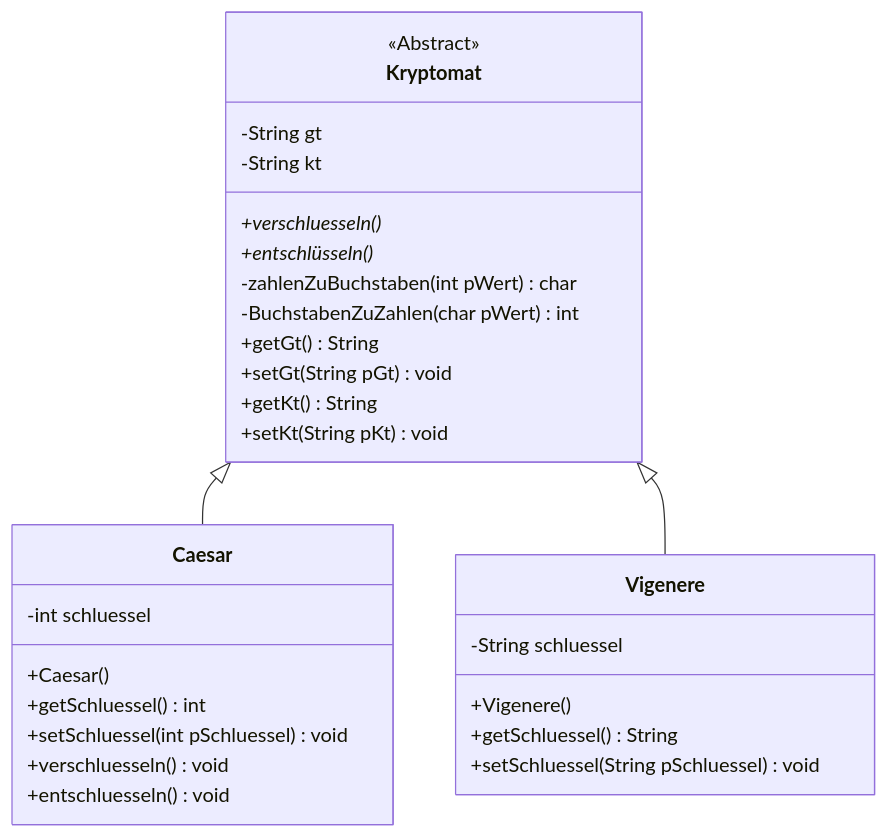
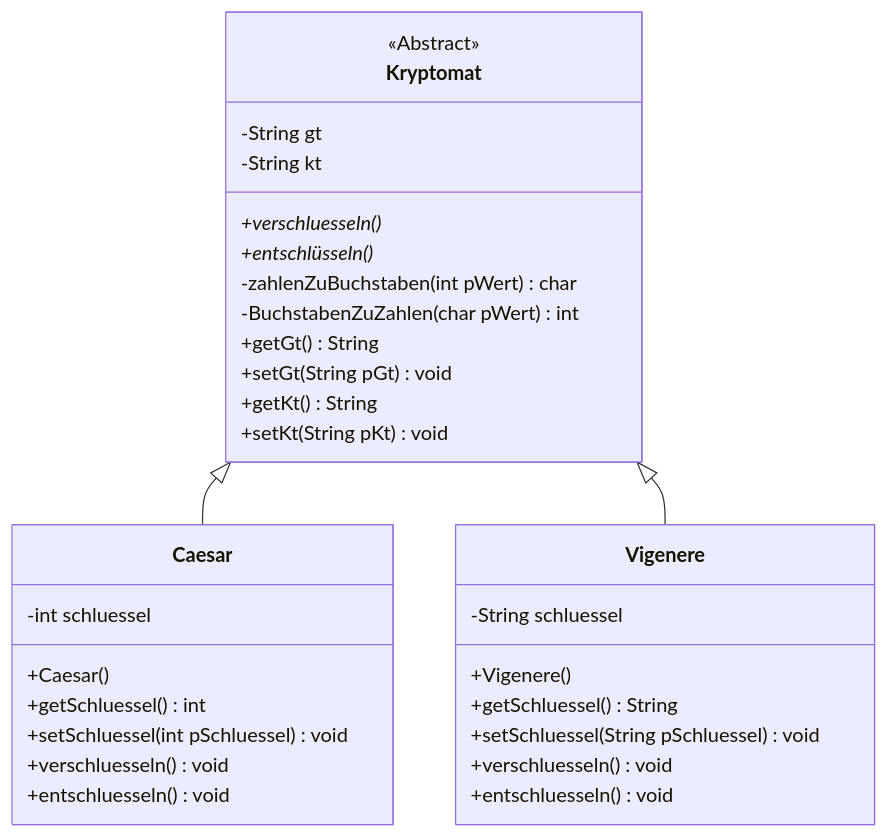
One commit to rueckertgym/begleitmaterial changed the diagram in book/kryptologie/kryptomat.md. Above: the diagram before and after it, drawn with Mermaid.

Commit message:
Aktualisieren book/kryptologie/kryptomat.md

````diff
--- a/book/kryptologie/kryptomat.md
+++ b/book/kryptologie/kryptomat.md
@@ -10,32 +10,34 @@
 ```mermaid
 classDiagram
     Kryptomat <|-- Caesar
     Kryptomat <|-- Vigenere
     <<Abstract>> Kryptomat
     Kryptomat : -String gt
     Kryptomat : -String kt
     Kryptomat: +verschluesseln()*
     Kryptomat: +entschlüsseln()*
     Kryptomat: -zahlenZuBuchstaben(int pWert) char
     Kryptomat: -BuchstabenZuZahlen(char pWert) int
     Kryptomat: +getGt() String
     Kryptomat: +setGt(String pGt) void
     Kryptomat: +getKt() String
     Kryptomat: +setKt(String pKt) void
 
     class Caesar{
       -int schluessel
       +Caesar()
       +getSchluessel() int
       +setSchluessel(int pSchluessel) void 
       +verschluesseln() void
       +entschluesseln() void
     }
     class Vigenere{
       -String schluessel
       +Vigenere()
       +getSchluessel() String
       +setSchluessel(String pSchluessel) void
+      +verschluesseln() void
+      +entschluesseln() void
     }
     
 ```
````
